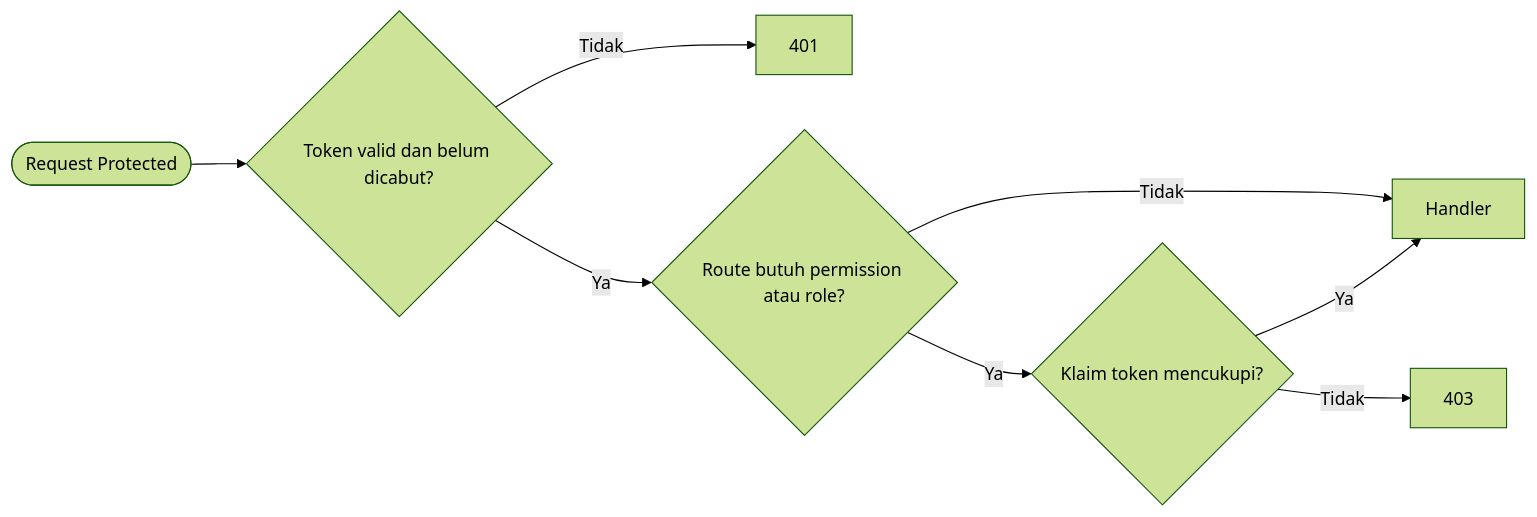
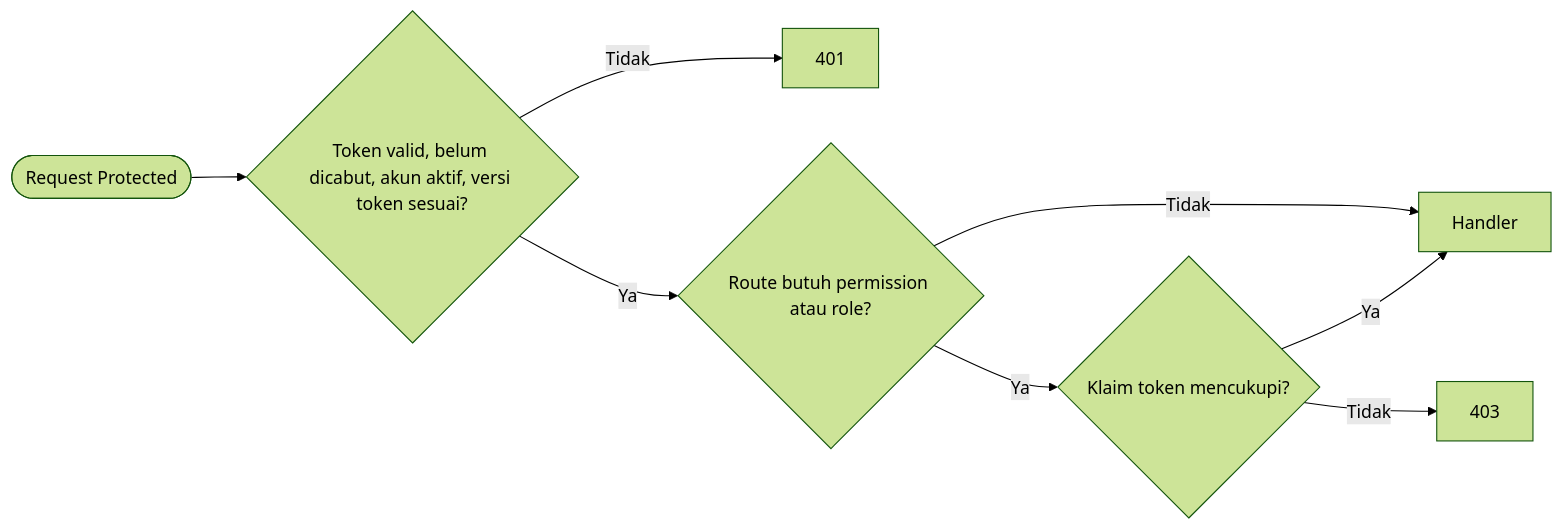
One commit to Vextronode/sigap_app changed the diagram in docs/architecture/04_security_architecture.md. Above: the diagram before and after it, drawn with Mermaid (forest theme). The commit also changed other lines of this file and 79 other files, not shown here.

````diff
--- a/docs/architecture/04_security_architecture.md
+++ b/docs/architecture/04_security_architecture.md
@@ -16,10 +16,10 @@
 ```mermaid
 flowchart LR
-    Req([Request Protected]) --> Token{Token valid dan belum dicabut?}
+    Req([Request Protected]) --> Token{Token valid, belum dicabut, akun aktif, versi token sesuai?}
     Token -- Tidak --> R401[401]
     Token -- Ya --> Need{Route butuh permission atau role?}
     Need -- Tidak --> Allow[Handler]
     Need -- Ya --> Claim{Klaim token mencukupi?}
     Claim -- Tidak --> R403[403]
     Claim -- Ya --> Allow
 ```
````
